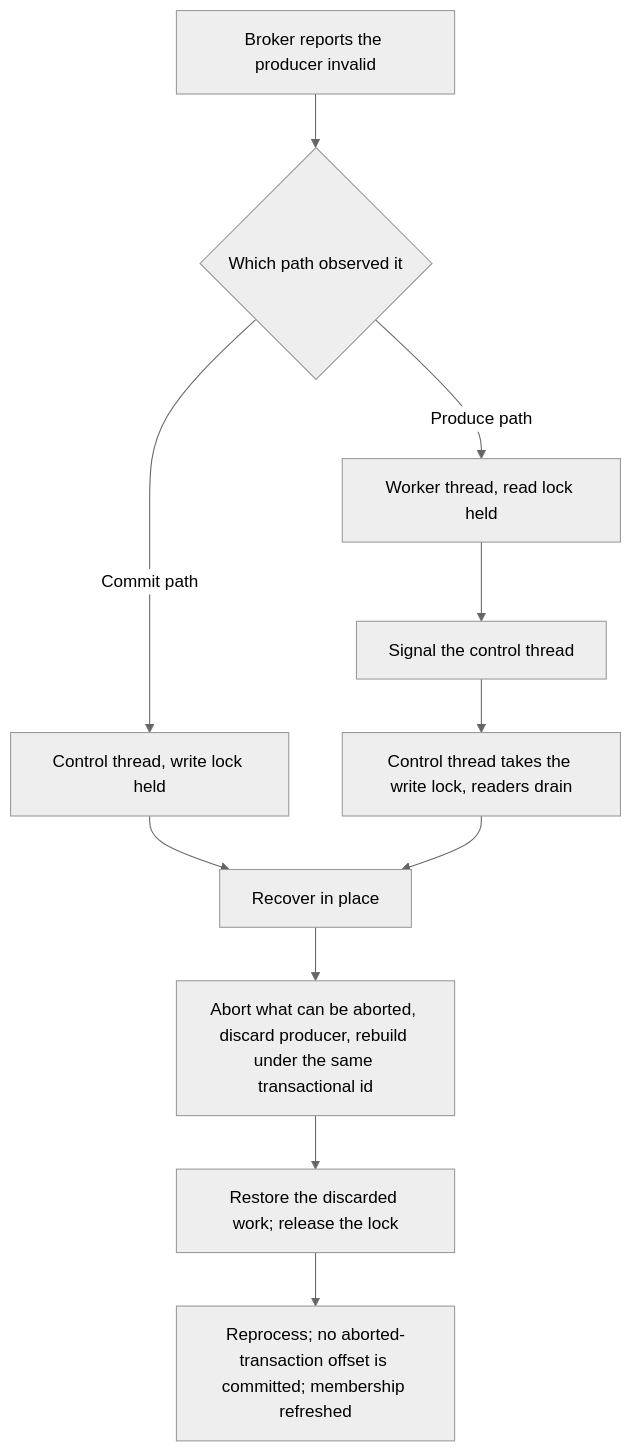
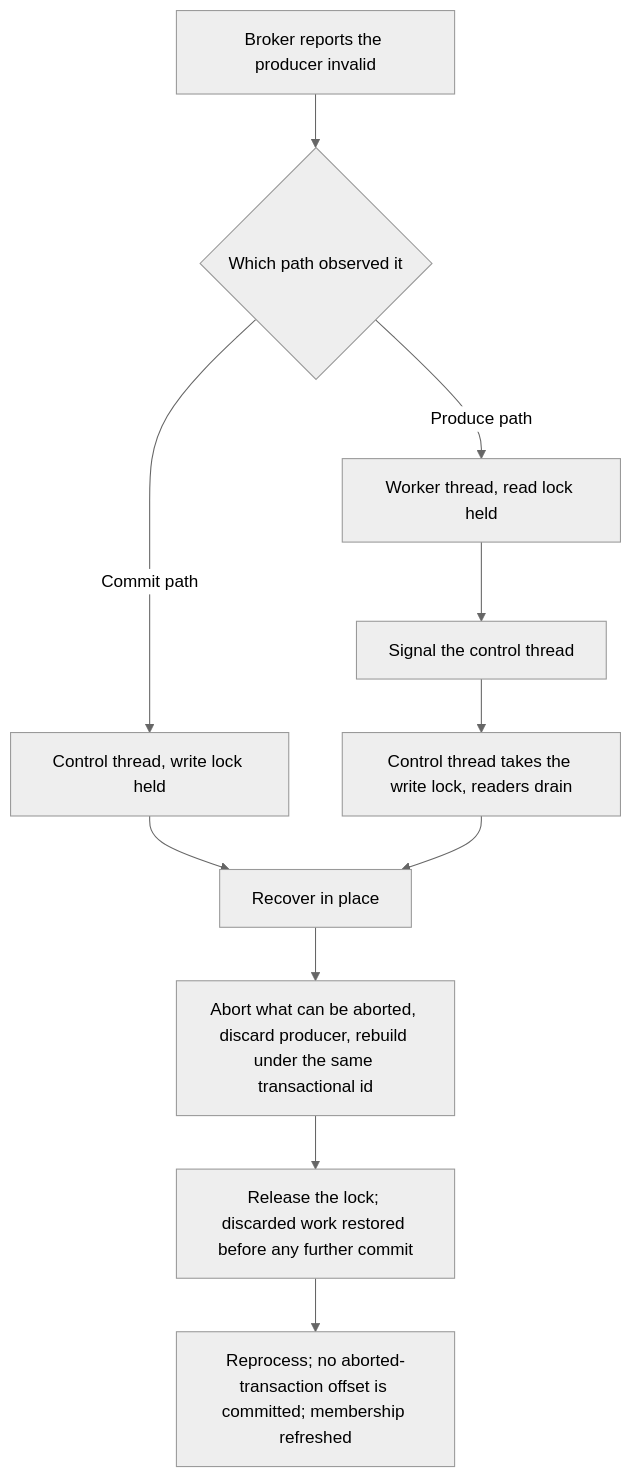
One commit to astubbs/parallel-consumer changed the diagram in docs/plans/2026-09-02-001-feat-recoverable-producer-fencing-plan.md. Above: the diagram before and after it, drawn with Mermaid (neutral theme). The commit also changed other lines of this file, not shown here.

````diff
--- a/docs/plans/2026-09-02-001-feat-recoverable-producer-fencing-plan.md
+++ b/docs/plans/2026-09-02-001-feat-recoverable-producer-fencing-plan.md
@@ -110,13 +110,13 @@
 ```mermaid
 flowchart TB
   A[Broker reports the producer invalid] --> B{Which path observed it}
   B -->|Commit path| C[Control thread, write lock held]
   B -->|Produce path| D[Worker thread, read lock held]
   C --> E[Recover in place]
   D --> F[Signal the control thread]
   F --> G[Control thread takes the write lock, readers drain]
   G --> E
   E --> H[Abort what can be aborted, discard producer, rebuild under the same transactional id]
-  H --> I[Restore the discarded work; release the lock]
+  H --> I[Release the lock; discarded work restored before any further commit]
   I --> J[Reprocess; no aborted-transaction offset is committed; membership refreshed]
 ```
````
